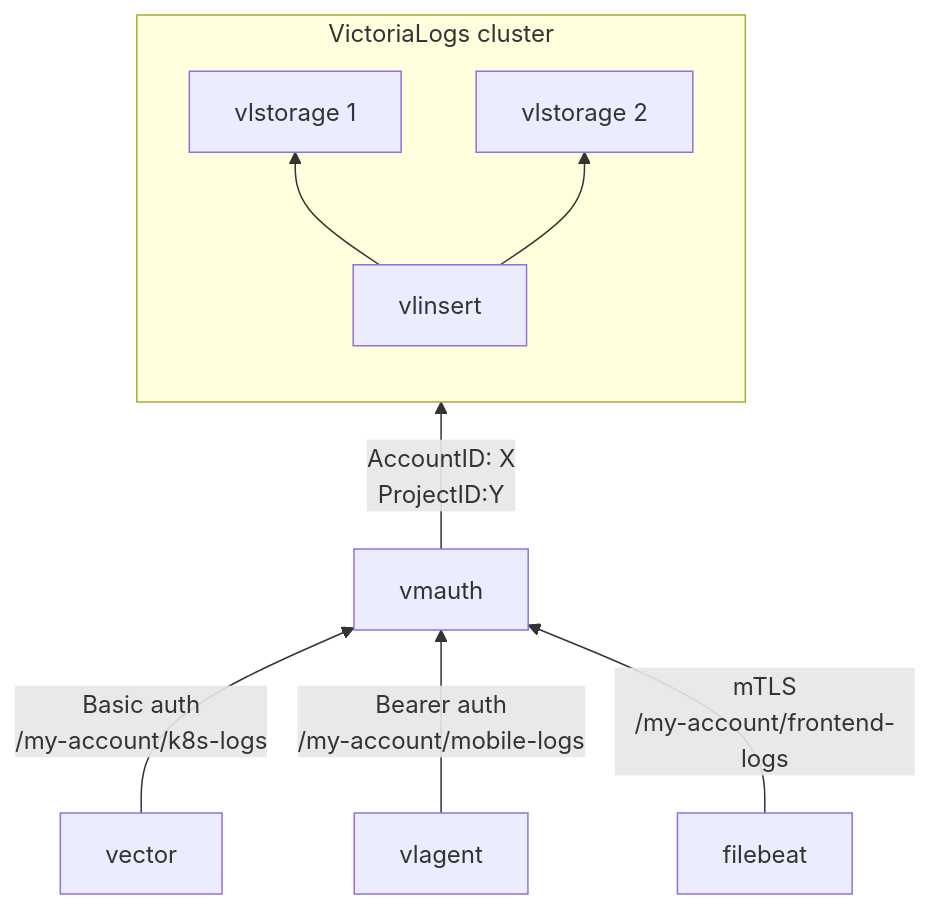
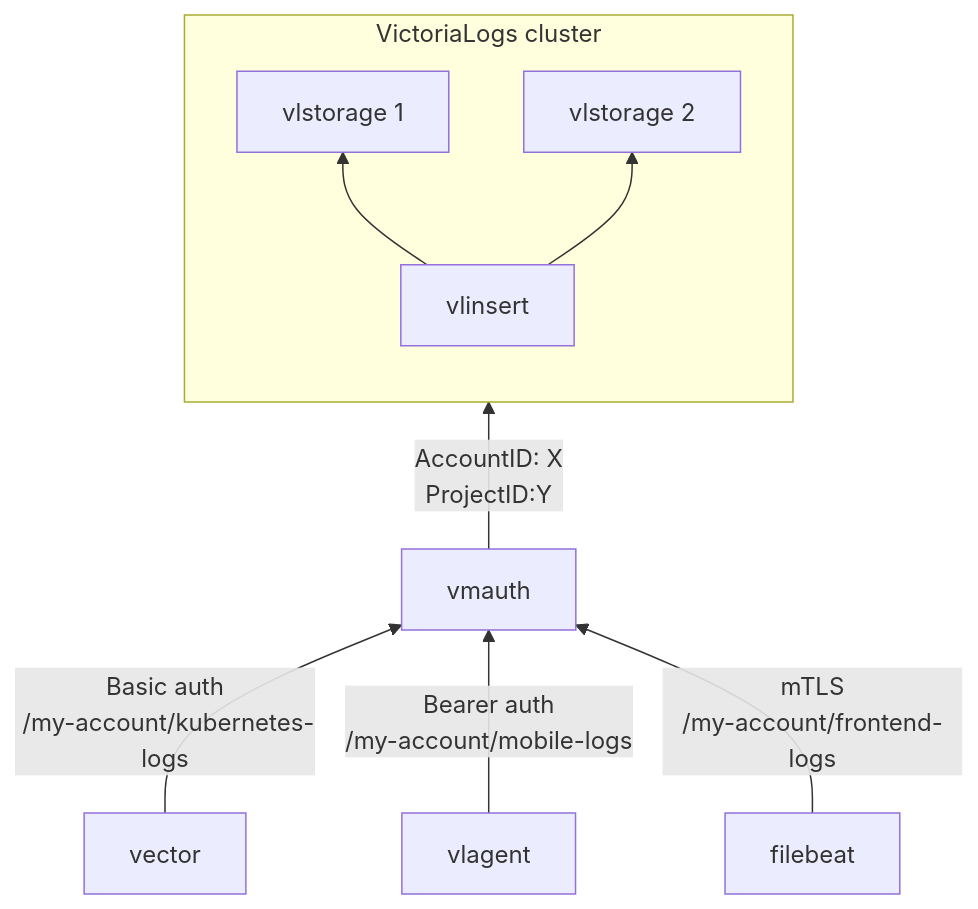
One commit to VictoriaMetrics-Community/mcp-victoriametrics changed the second of 2 diagrams in cmd/mcp-victoriametrics/resources/vm/content/victorialogs/security-and-lb.md. Above: the diagram before and after it, drawn with Mermaid. The commit also changed other lines of this file and 108 other files, not shown here.

````diff
--- a/cmd/mcp-victoriametrics/resources/vm/content/victorialogs/security-and-lb.md
+++ b/cmd/mcp-victoriametrics/resources/vm/content/victorialogs/security-and-lb.md
@@ -423,15 +423,15 @@
 ```mermaid
 flowchart BT
     subgraph Remote2["VictoriaLogs cluster"]
         direction BT
         vlinsert-az1["vlinsert"]
         vlinsert-az1 --> vlstorage2-1["vlstorage 1"]
         vlinsert-az1 --> vlstorage2-2["vlstorage 2"]
     end
 
-    vector -->|Basic auth<br> /my-account/k8s-logs| vmauth
+    vector -->|Basic auth<br> /my-account/kubernetes-logs| vmauth
     vlagent -->|Bearer auth<br>/my-account/mobile-logs| vmauth
     filebeat -->|mTLS<br>/my-account/frontend-logs| vmauth
 
     vmauth -->|AccountID: X<br>ProjectID:Y| vlinsert-az1
 ```
````
